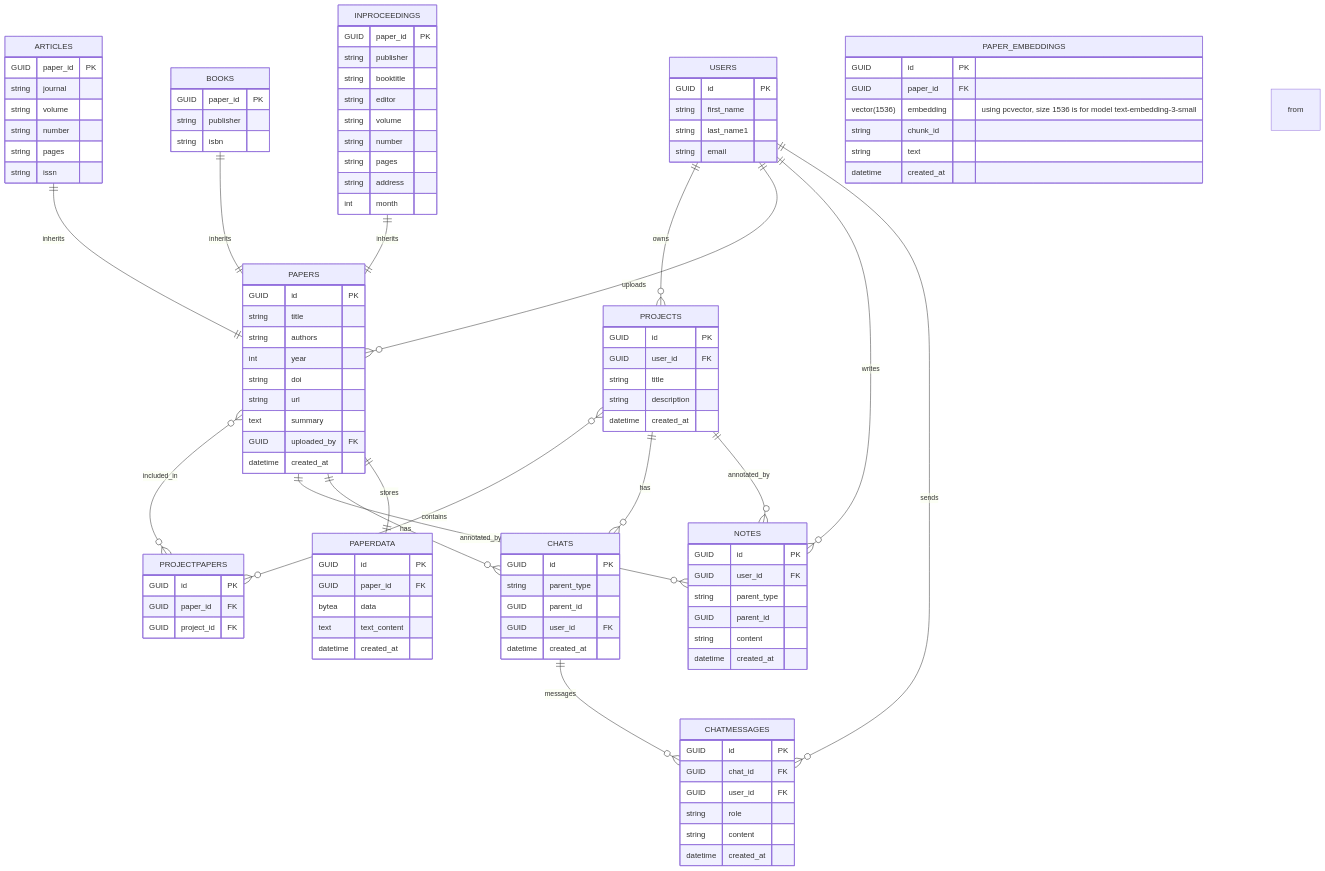
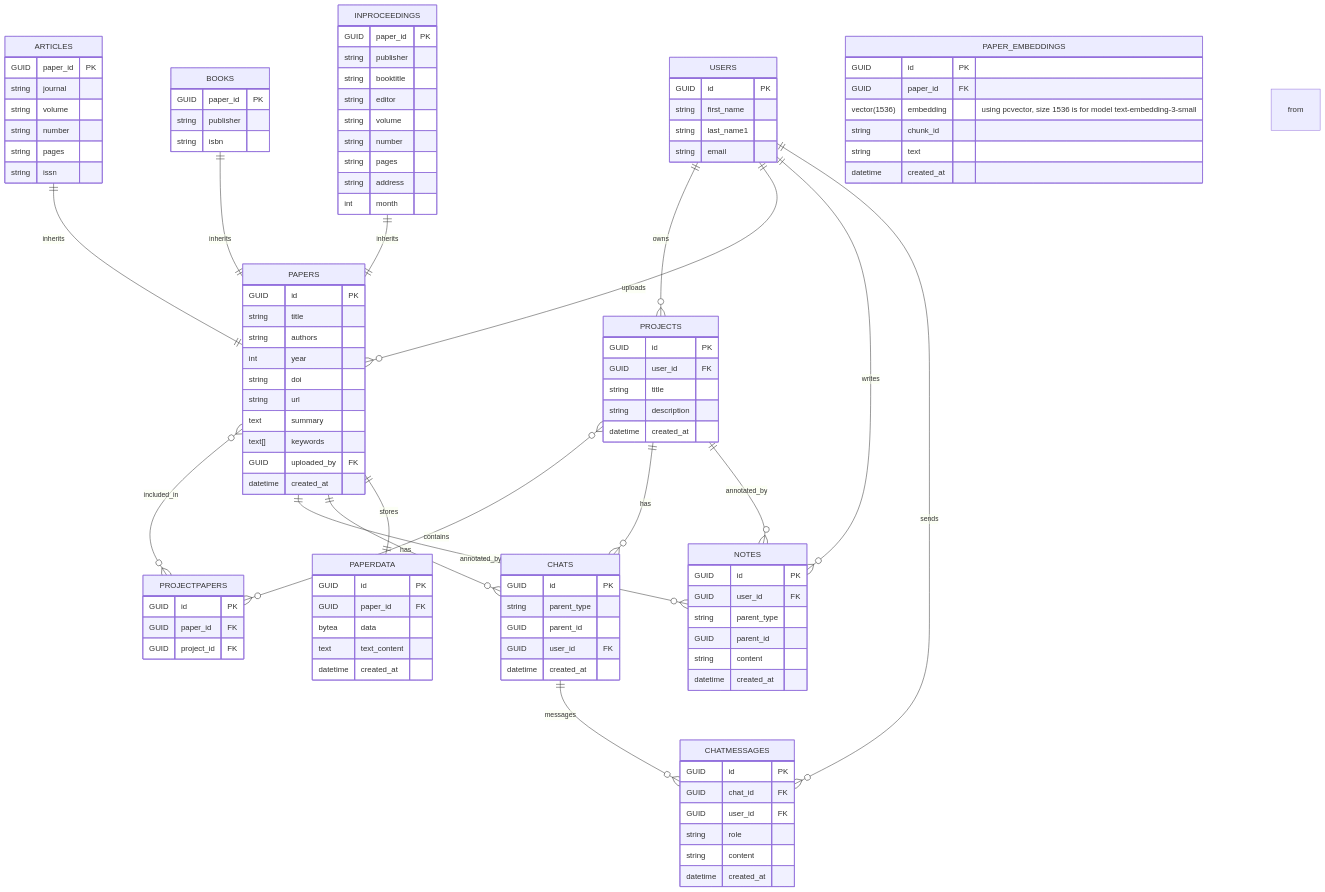
One commit to hustlernils/paper-buddy changed the diagram in docs/database/database-design.md. Above: the diagram before and after it, drawn with Mermaid. The commit also changed 10 other files, not shown here.

```diff
--- a/docs/database/database-design.md
+++ b/docs/database/database-design.md
@@ -21,6 +21,7 @@
         string doi
         string url
         text summary
+        text[] keywords
         GUID uploaded_by FK
         datetime created_at
     }
```
